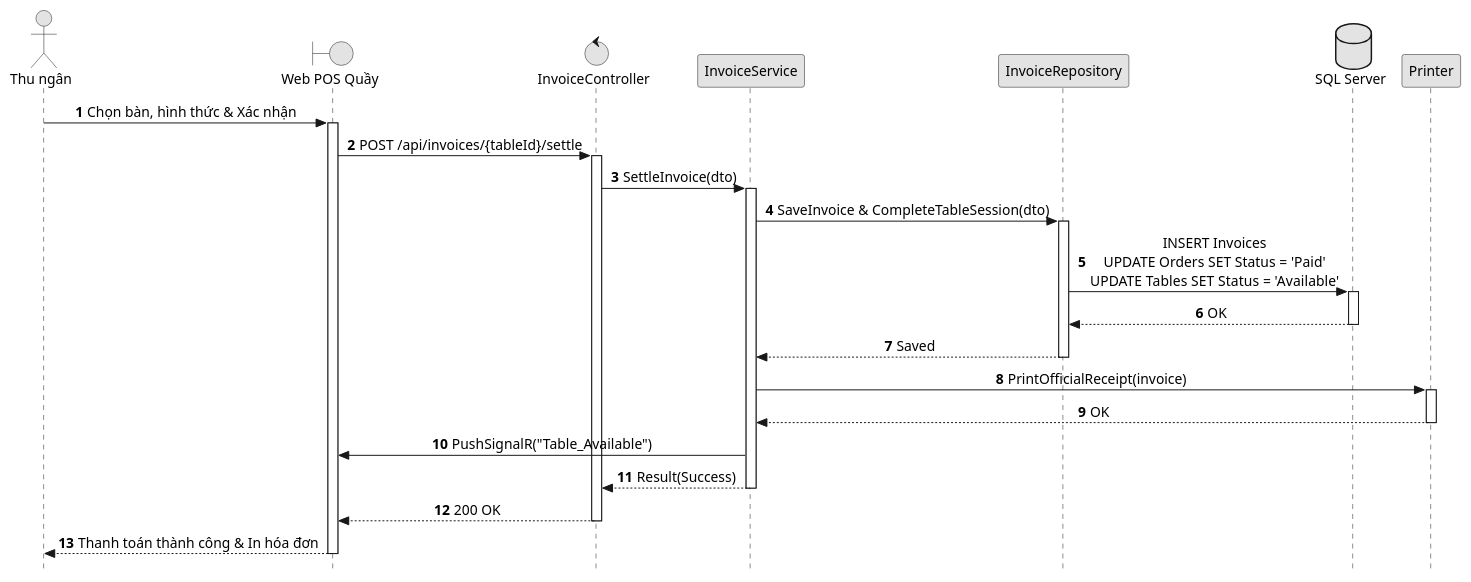
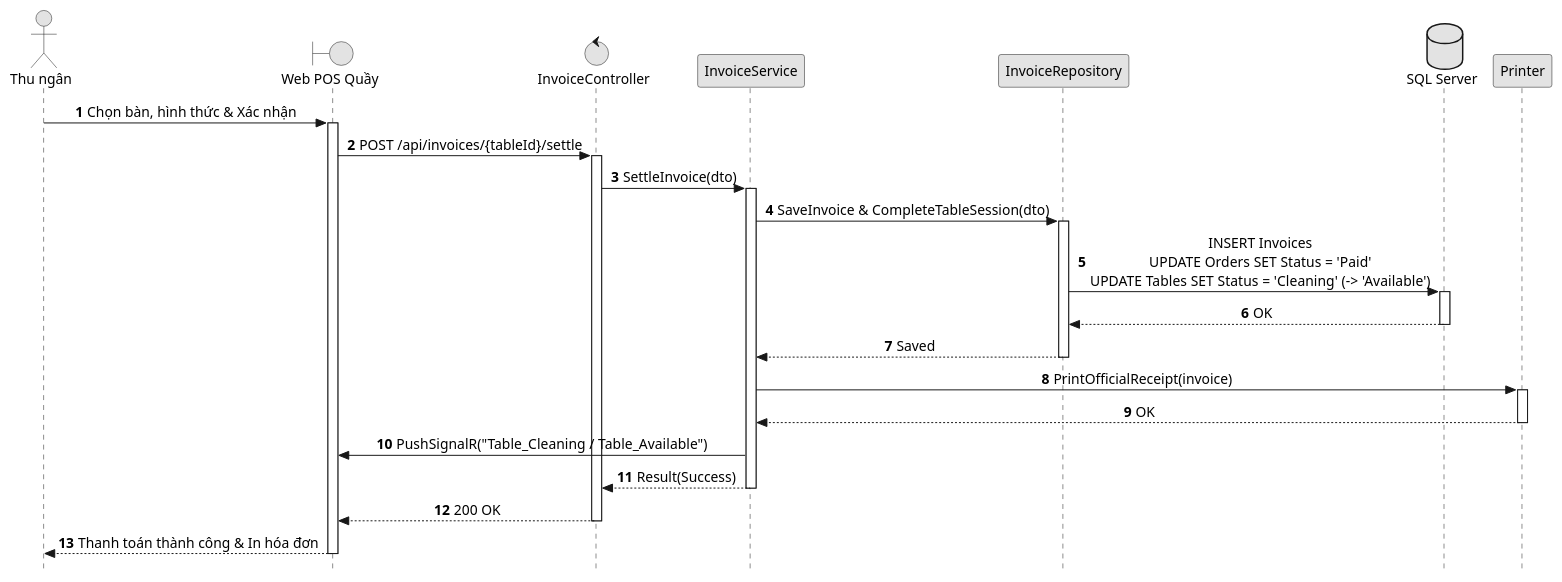
The diagram in docs/Diagram/puml/sequences/SD_UC_E3_3_Settle_Invoice.puml (AndrewQng/VinDining), drawn with PlantUML before and after one commit. The commit also changed 273 other files, not shown here.

```diff
--- a/docs/Diagram/puml/sequences/SD_UC_E3_3_Settle_Invoice.puml
+++ b/docs/Diagram/puml/sequences/SD_UC_E3_3_Settle_Invoice.puml
@@ -1,53 +1,53 @@
 @startuml SD_UC_E3_3_Settle_Invoice
 autonumber
 skinparam style strictuml
 skinparam monochrome true
 skinparam shadowing false
 skinparam sequenceMessageAlign center
 skinparam responseMessageBelowArrow true
 skinparam defaultFontName "Segoe UI", Arial, sans-serif
 skinparam defaultFontSize 14
 
 actor "Thu ngân" as Cashier
 boundary "Web POS Quầy" as WebPOS
 control "InvoiceController" as Controller
 participant "InvoiceService" as Service
 participant "InvoiceRepository" as Repo
 database "SQL Server" as DB
 participant "Printer" as Printer
 
 Cashier -> WebPOS: Chọn bàn, hình thức & Xác nhận
 activate WebPOS
 
 WebPOS -> Controller: POST /api/invoices/{tableId}/settle
 activate Controller
 
 Controller -> Service: SettleInvoice(dto)
 activate Service
 
 Service -> Repo: SaveInvoice & CompleteTableSession(dto)
 activate Repo
-Repo -> DB: INSERT Invoices\nUPDATE Orders SET Status = 'Paid'\nUPDATE Tables SET Status = 'Available'
+Repo -> DB: INSERT Invoices\nUPDATE Orders SET Status = 'Paid'\nUPDATE Tables SET Status = 'Cleaning' (-> 'Available')
 activate DB
 DB --> Repo: OK
 deactivate DB
 Repo --> Service: Saved
 deactivate Repo
 
 Service -> Printer: PrintOfficialReceipt(invoice)
 activate Printer
 Printer --> Service: OK
 deactivate Printer
 
-Service -> WebPOS: PushSignalR("Table_Available")
+Service -> WebPOS: PushSignalR("Table_Cleaning / Table_Available")
 
 Service --> Controller: Result(Success)
 deactivate Service
 
 Controller --> WebPOS: 200 OK
 deactivate Controller
 
 WebPOS --> Cashier: Thanh toán thành công & In hóa đơn
 deactivate WebPOS
 
 @enduml
```
